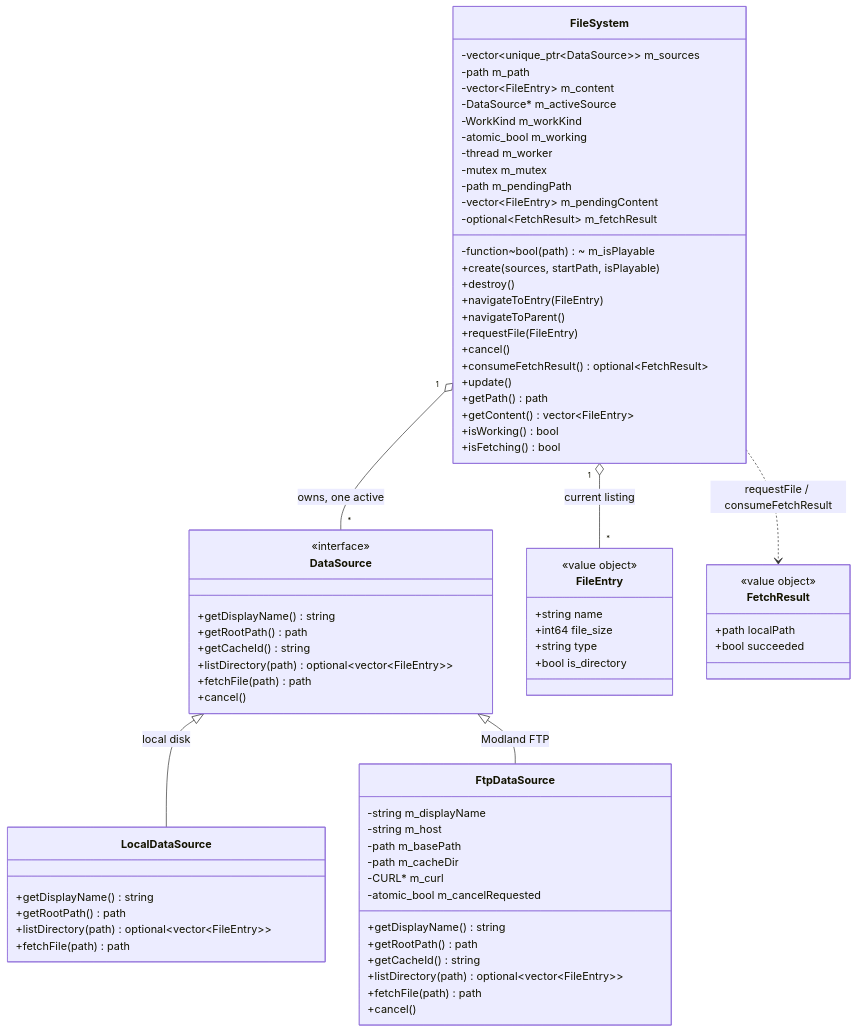
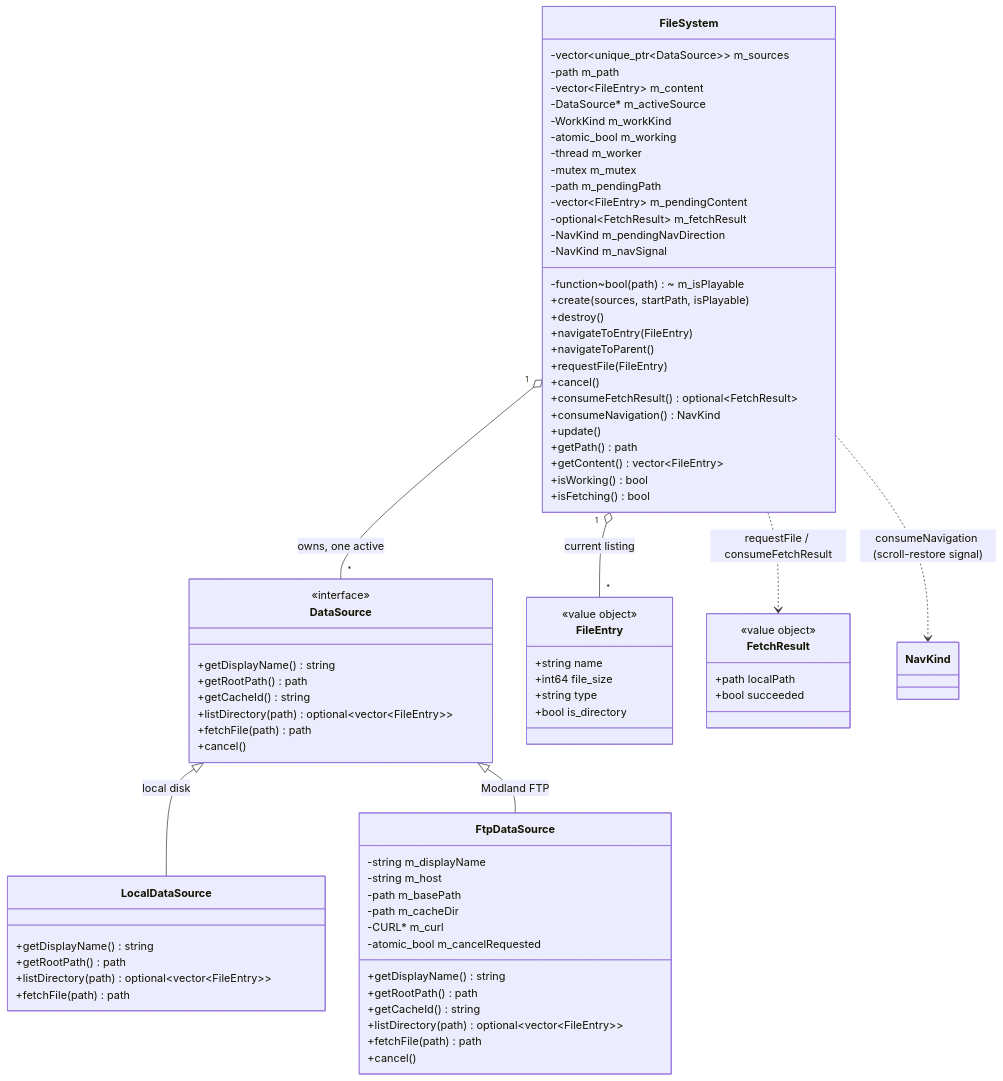
One commit to notnotme/osp2 changed the diagram in docs/filesystem.md. Above: the diagram before and after it, drawn with Mermaid. The commit also changed other lines of this file and 11 other files, not shown here.

First line of the commit message:
feat: restore file-browser scroll position across navigation (TODO_16 16a)

````diff
--- a/docs/filesystem.md
+++ b/docs/filesystem.md
@@ -59,6 +59,8 @@
         -path m_pendingPath
         -vector~FileEntry~ m_pendingContent
         -optional~FetchResult~ m_fetchResult
+        -NavKind m_pendingNavDirection
+        -NavKind m_navSignal
         +create(sources, startPath, isPlayable)
         +destroy()
         +navigateToEntry(FileEntry)
@@ -66,6 +68,7 @@
         +requestFile(FileEntry)
         +cancel()
         +consumeFetchResult() optional~FetchResult~
+        +consumeNavigation() NavKind
         +update()
         +getPath() path
         +getContent() vector~FileEntry~
@@ -92,4 +95,5 @@
     FileSystem "1" o-- "*" DataSource : owns, one active
     FileSystem "1" o-- "*" FileEntry : current listing
     FileSystem ..> FetchResult : requestFile / consumeFetchResult
+    FileSystem ..> NavKind : consumeNavigation (scroll-restore signal)
 ```
````
